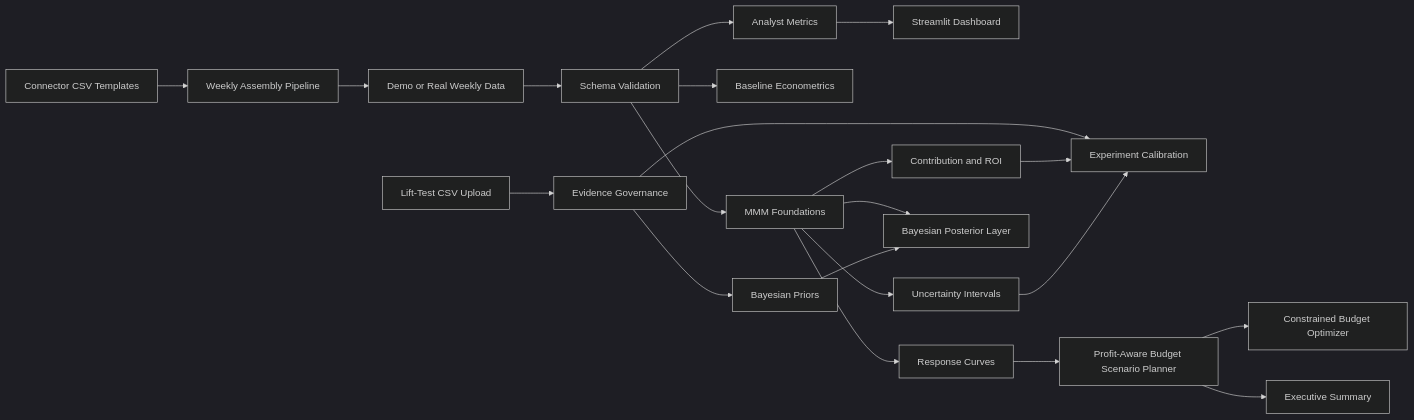
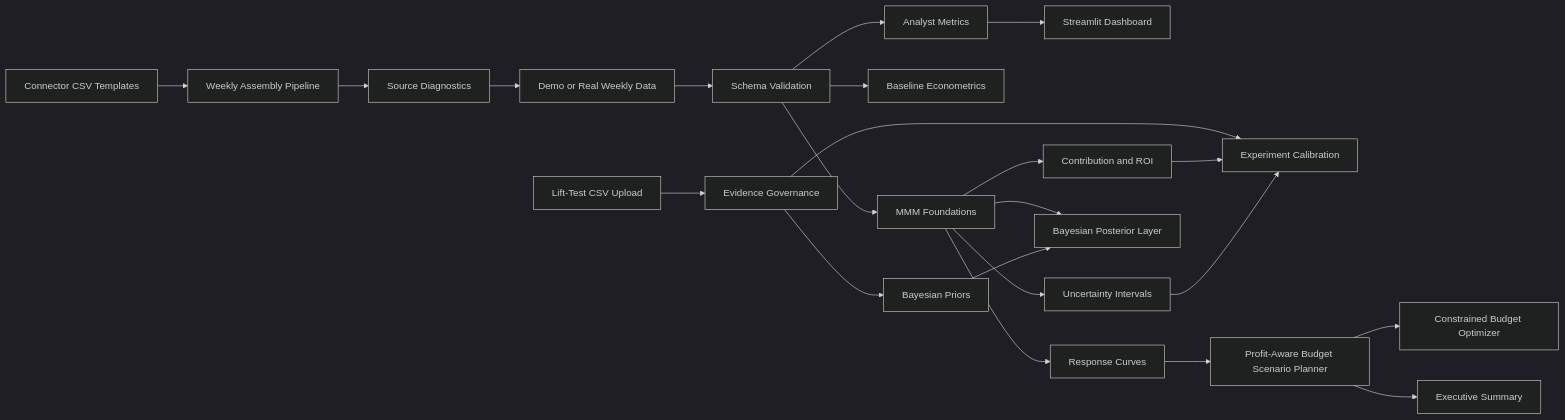
The first of 2 diagrams in docs/architecture.md (rosscyking1115/marketing-effectiveness-lab), drawn with Mermaid (dark theme) before and after one commit. The commit also changed other lines of this file and 7 other files, not shown here.

Commit message:
Add source diagnostics for connector assembly

````diff
--- a/docs/architecture.md
+++ b/docs/architecture.md
@@ -7,23 +7,24 @@
 ```mermaid
 flowchart LR
     R["Connector CSV Templates"] --> S["Weekly Assembly Pipeline"]
-    S --> A["Demo or Real Weekly Data"]
+    S --> T["Source Diagnostics"]
+    T --> A["Demo or Real Weekly Data"]
     A --> B["Schema Validation"]
     B --> C["Analyst Metrics"]
     C --> D["Streamlit Dashboard"]
     B --> E["Baseline Econometrics"]
     B --> F["MMM Foundations"]
     F --> G["Contribution and ROI"]
     F --> H["Uncertainty Intervals"]
     M["Lift-Test CSV Upload"] --> N["Evidence Governance"]
     N --> I["Experiment Calibration"]
     N --> O["Bayesian Priors"]
     G --> I
     H --> I
     F --> P["Bayesian Posterior Layer"]
     O --> P
     F --> J["Response Curves"]
     J --> K["Profit-Aware Budget Scenario Planner"]
     K --> Q["Constrained Budget Optimizer"]
     K --> L["Executive Summary"]
 ```
````
